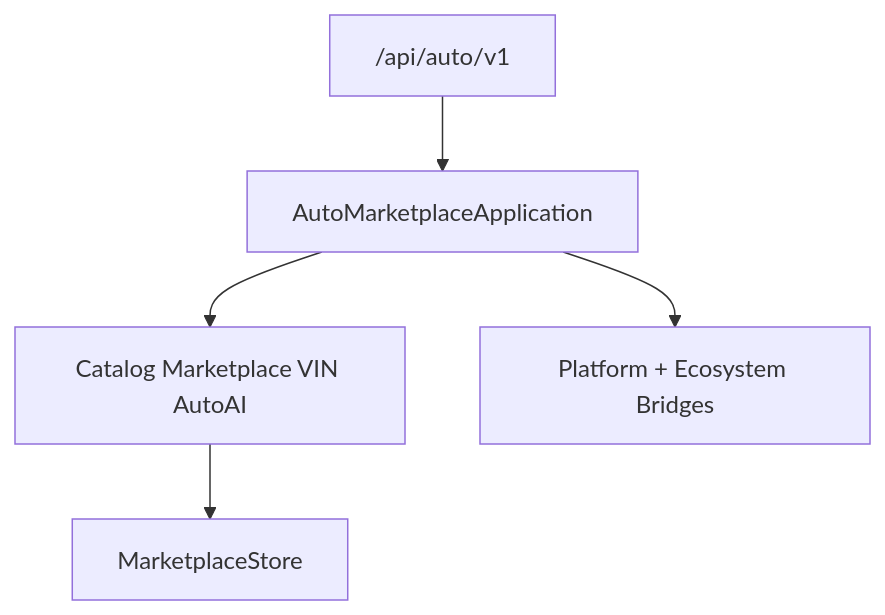
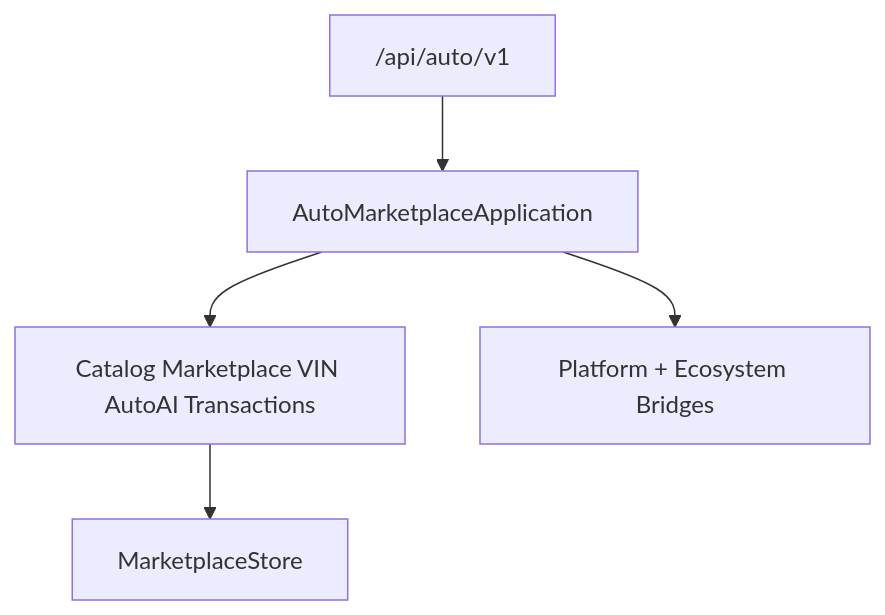
The diagram in docs/AUTO_MARKETPLACE.md (okeysiri11/telegram-ai-crm-bot), drawn with Mermaid before and after one commit. The commit also changed other lines of this file and 40 other files, not shown here.

````diff
--- a/docs/AUTO_MARKETPLACE.md
+++ b/docs/AUTO_MARKETPLACE.md
@@ -20,10 +21,10 @@
 ```mermaid
 flowchart TB
     API["/api/auto/v1"]
     App[AutoMarketplaceApplication]
-    Domains[Catalog Marketplace VIN AutoAI]
+    Domains[Catalog Marketplace VIN AutoAI Transactions]
     Bridges[Platform + Ecosystem Bridges]
     Store[MarketplaceStore]
     API --> App --> Domains --> Store
     App --> Bridges
 ```
````
